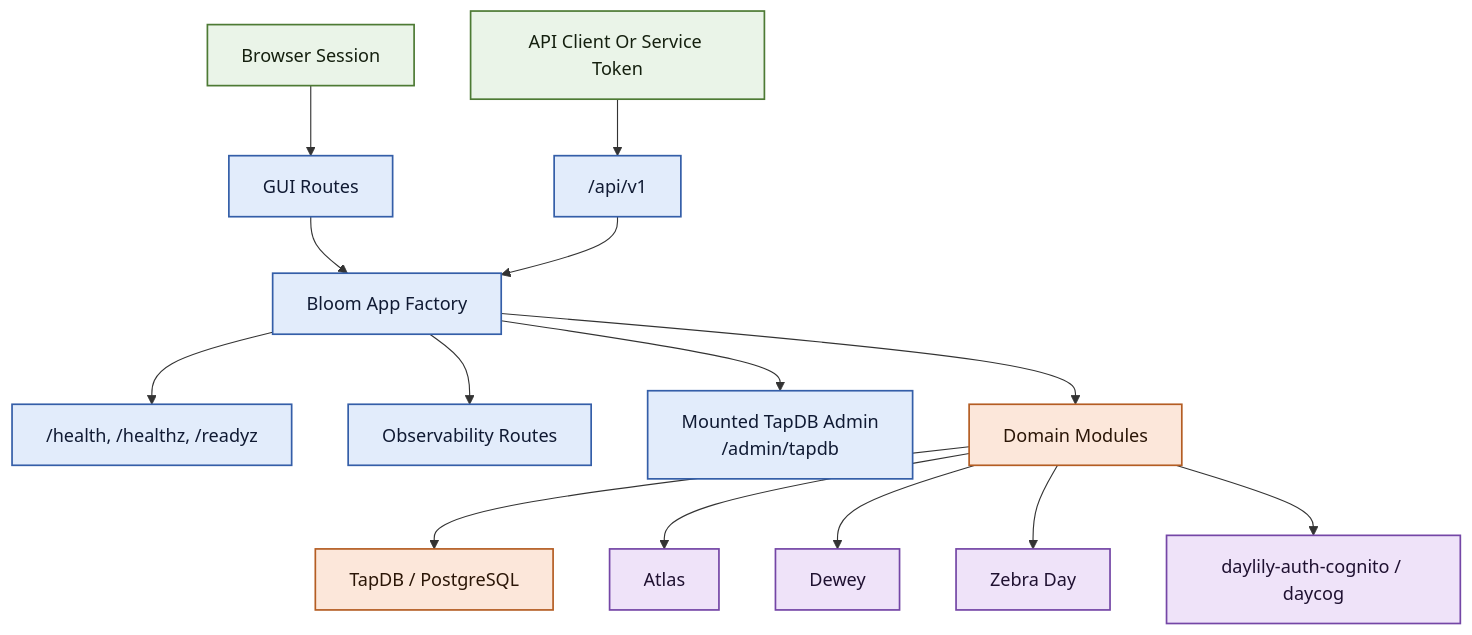
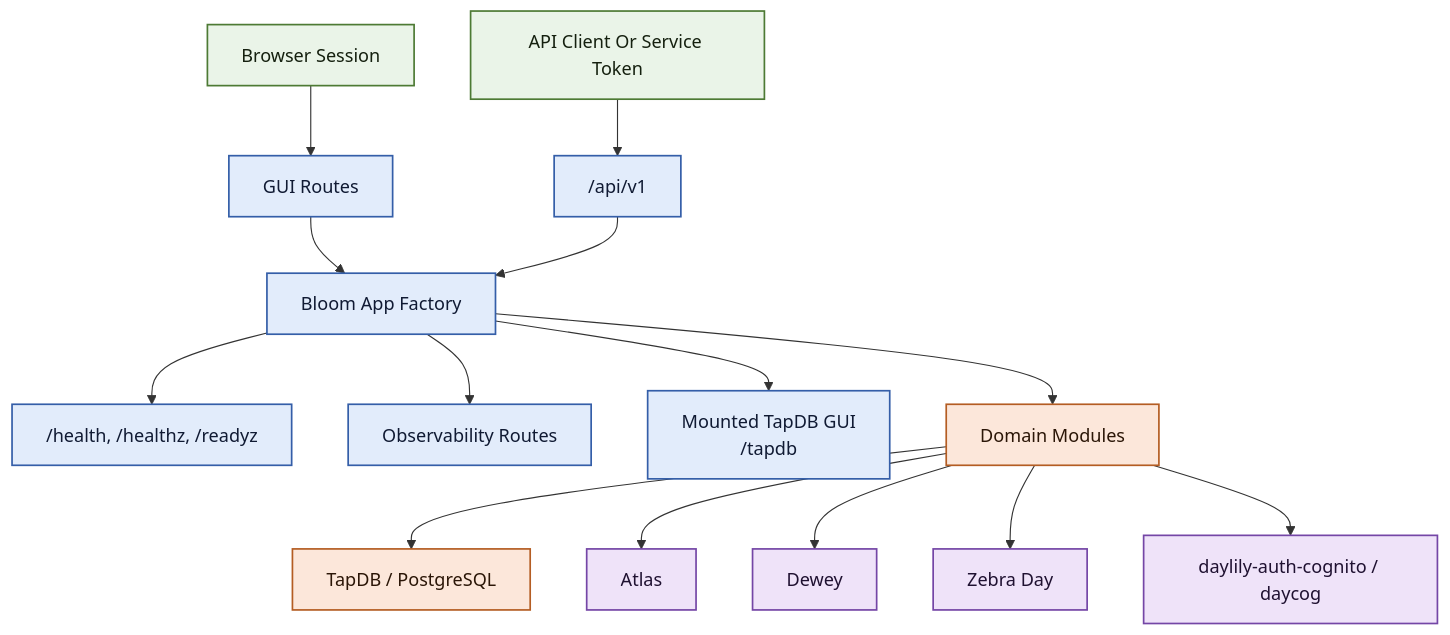
The diagram in docs/architecture.md (Daylily-Informatics/bloom), drawn with Mermaid before and after one commit. The commit also changed other lines of this file and 11 other files, not shown here.

````diff
--- a/docs/architecture.md
+++ b/docs/architecture.md
@@ -7,26 +7,26 @@
 ```mermaid
 flowchart TB
     classDef entry fill:#eaf4e8,stroke:#4d7a34,color:#15200f,stroke-width:1.5px;
     classDef app fill:#e2ecfb,stroke:#345ea8,color:#101a33,stroke-width:1.5px;
     classDef domain fill:#fce7da,stroke:#b45d23,color:#2b1607,stroke-width:1.5px;
     classDef ext fill:#efe3f9,stroke:#7446a6,color:#1f1131,stroke-width:1.5px;
 
     Browser["Browser Session"] --> GUI["GUI Routes"]
     Client["API Client Or Service Token"] --> API["/api/v1"]
     GUI --> App["Bloom App Factory"]
     API --> App
     App --> Health["/health, /healthz, /readyz"]
     App --> Obs["Observability Routes"]
-    App --> Admin["Mounted TapDB Admin<br/>/admin/tapdb"]
+    App --> Admin["Mounted TapDB GUI<br/>/tapdb"]
     App --> Domain["Domain Modules"]
     Domain --> TapDB["TapDB / PostgreSQL"]
     Domain --> Atlas["Atlas"]
     Domain --> Dewey["Dewey"]
     Domain --> Zebra["Zebra Day"]
     Domain --> daycog["daylily-auth-cognito / daycog"]
 
     class Browser,Client entry
     class GUI,API,App,Health,Obs,Admin app
     class Domain,TapDB domain
     class Atlas,Dewey,Zebra,daycog ext
 ```
````
